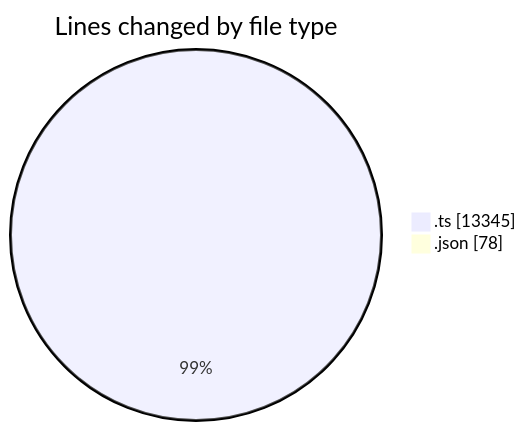
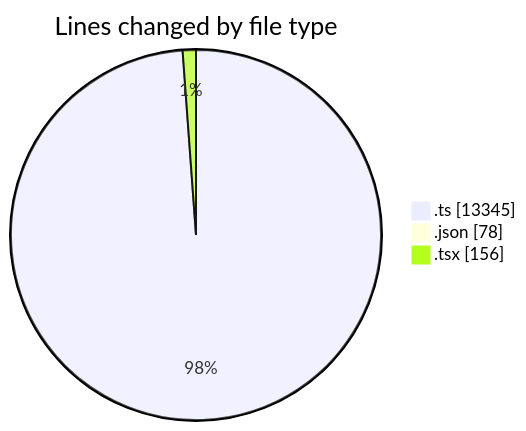
Before and after one commit to momahboobian/code-tracking: the first of 2 diagrams in 2025-08-29/cda/README.md, drawn with Mermaid. The commit also changed other lines of this file and 1 other file, not shown here.

````diff
--- a/2025-08-29/cda/README.md
+++ b/2025-08-29/cda/README.md
@@ -22,6 +24,7 @@
 ```mermaid
 pie showData
 title Lines changed by file type
 ".ts" : 13345
 ".json" : 78
+".tsx" : 156
 ```
````
